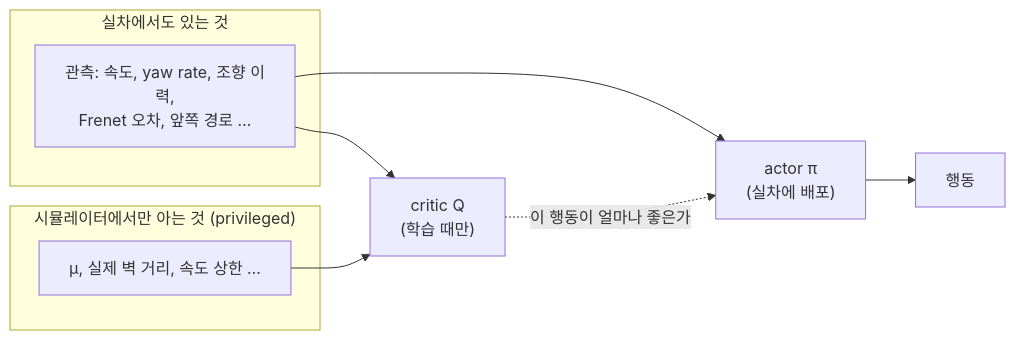
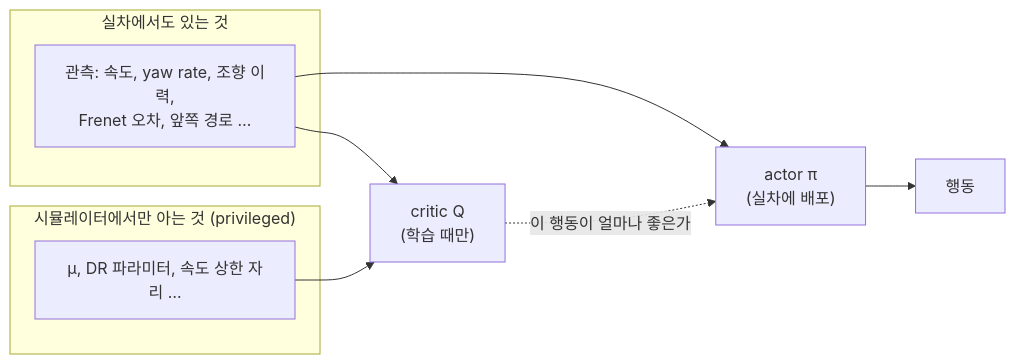
The second of 7 diagrams in MOC/프로젝트 한눈에.md (nhg0209/CLAUDE), drawn with Mermaid before and after one commit. The commit also changed 3 other files, not shown here.

````diff
--- a/MOC/프로젝트 한눈에.md
+++ b/MOC/프로젝트 한눈에.md
@@ -148,14 +148,14 @@
 ```mermaid
 flowchart LR
     subgraph REAL["실차에서도 있는 것"]
         O["관측: 속도, yaw rate, 조향 이력,<br/>Frenet 오차, 앞쪽 경로 …"]
     end
     subgraph SIMONLY["시뮬레이터에서만 아는 것 (privileged)"]
-        P["μ, 실제 벽 거리, 속도 상한 …"]
+        P["μ, DR 파라미터, 속도 상한 자리 …"]
     end
     O --> ACTOR["actor π<br/>(실차에 배포)"]
     O --> CRITIC["critic Q<br/>(학습 때만)"]
     P --> CRITIC
     ACTOR --> A["행동"]
     CRITIC -.->|"이 행동이 얼마나 좋은가"| ACTOR
 ```
````
